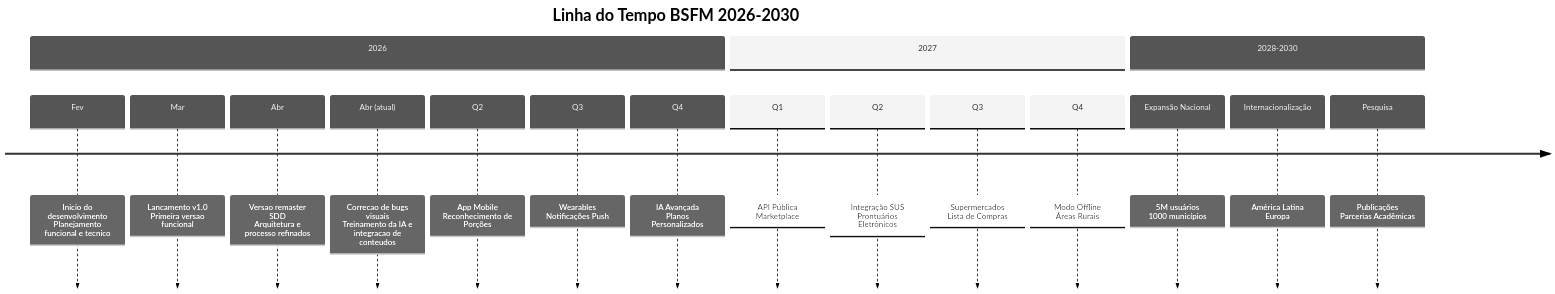
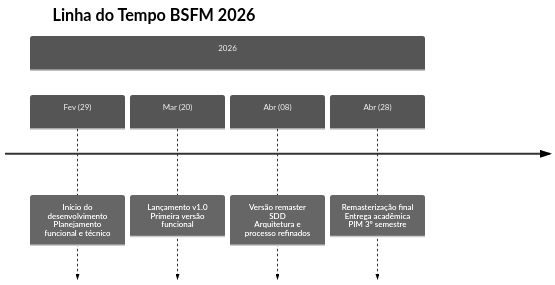
The diagram in docs/roadmap/index.md (Isaque-Medeiros/pim-03semestre-ads), drawn with Mermaid (neutral theme) before and after one commit. The commit also changed other lines of this file and 15 other files, not shown here.

````diff
--- a/docs/roadmap/index.md
+++ b/docs/roadmap/index.md
@@ -9,21 +9,9 @@
 ```mermaid
 timeline
-    title Linha do Tempo BSFM 2026-2030
+    title Linha do Tempo BSFM 2026
     section 2026
-        Fev : Inicio do desenvolvimento<br>Planejamento funcional e tecnico
-        Mar : Lancamento v1.0<br>Primeira versao funcional
-        Abr : Versao remaster SDD<br>Arquitetura e processo refinados
-        Abr (atual) : Correcao de bugs visuais<br>Treinamento da IA e integracao de conteudos
-        Q2 : App Mobile<br>Reconhecimento de Porções
-        Q3 : Wearables<br>Notificações Push
-        Q4 : IA Avançada<br>Planos Personalizados
-    section 2027
-        Q1 : API Pública<br>Marketplace
-        Q2 : Integração SUS<br>Prontuários Eletrônicos
-        Q3 : Supermercados<br>Lista de Compras
-        Q4 : Modo Offline<br>Áreas Rurais
-    section 2028-2030
-        Expansão Nacional : 5M usuários<br>1000 municípios
-        Internacionalização : América Latina<br>Europa
-        Pesquisa : Publicações<br>Parcerias Acadêmicas
+        Fev (29) : Início do desenvolvimento<br>Planejamento funcional e técnico
+        Mar (20) : Lançamento v1.0<br>Primeira versão funcional
+        Abr (08) : Versão remaster SDD<br>Arquitetura e processo refinados
+        Abr (28) : Remasterização final<br>Entrega acadêmica PIM 3º semestre
 ```
````
